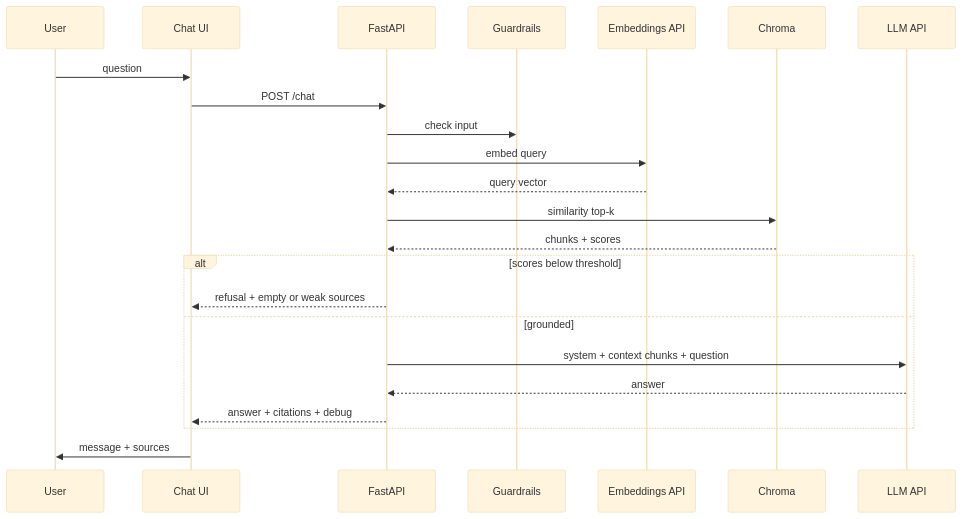
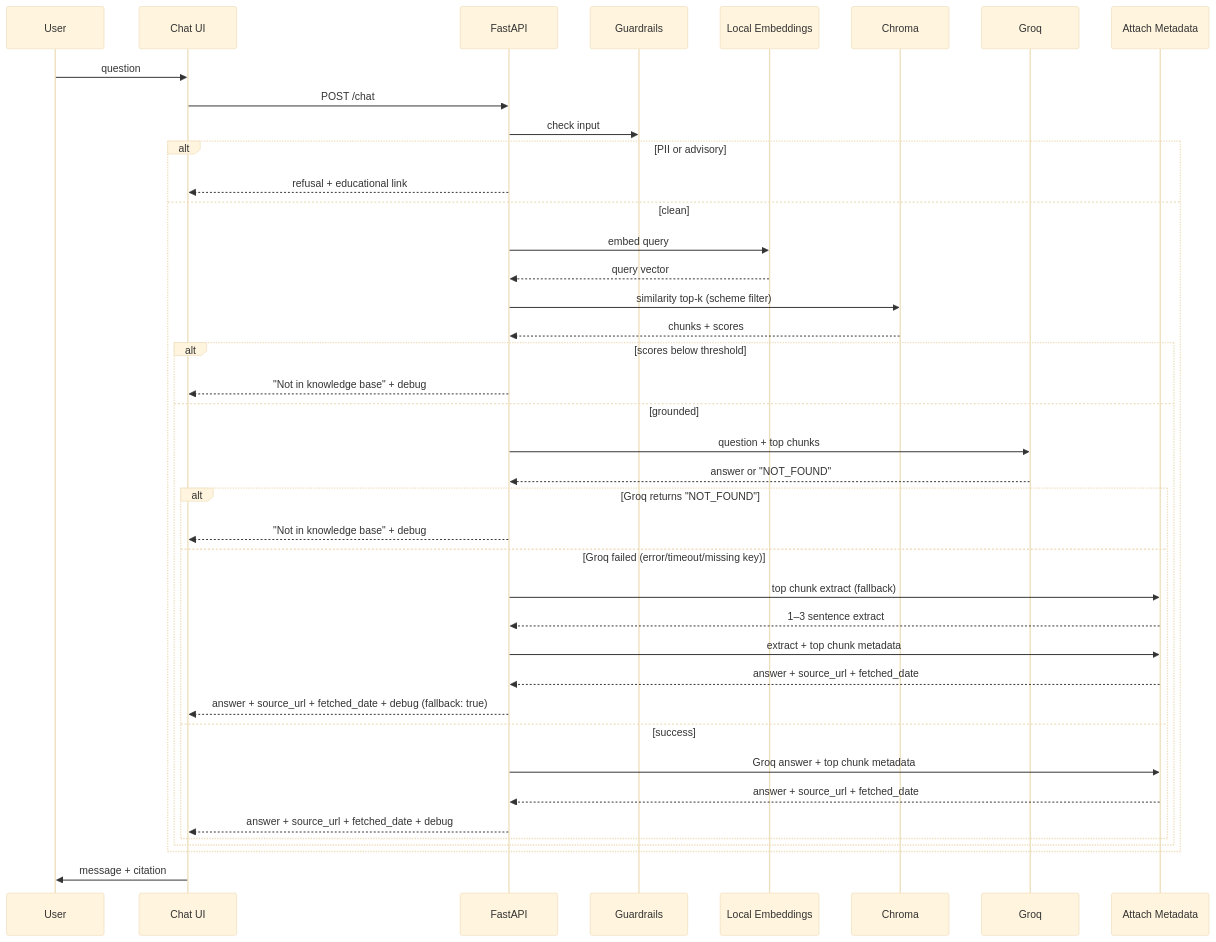
Before and after one commit to imharshal11/tathya-mf-faq-bot: the second of 2 diagrams in architecture.md, drawn with Mermaid (base theme). The commit also changed other lines of this file and 37 other files, not shown here.

````diff
--- a/architecture.md
+++ b/architecture.md
@@ -150,26 +138,43 @@
 ```mermaid
 sequenceDiagram
   participant U as User
   participant UI as Chat UI
   participant API as FastAPI
   participant G as Guardrails
-  participant E as Embeddings API
+  participant E as Local Embeddings
   participant V as Chroma
-  participant L as LLM API
+  participant GR as Groq
+  participant X as Attach Metadata
 
   U->>UI: question
   UI->>API: POST /chat
   API->>G: check input
-  API->>E: embed query
-  E-->>API: query vector
-  API->>V: similarity top-k
-  V-->>API: chunks + scores
-  alt scores below threshold
-    API-->>UI: refusal + empty or weak sources
-  else grounded
-    API->>L: system + context chunks + question
-    L-->>API: answer
-    API-->>UI: answer + citations + debug
+  alt PII or advisory
+    API-->>UI: refusal + educational link
+  else clean
+    API->>E: embed query
+    E-->>API: query vector
+    API->>V: similarity top-k (scheme filter)
+    V-->>API: chunks + scores
+    alt scores below threshold
+      API-->>UI: "Not in knowledge base" + debug
+    else grounded
+      API->>GR: question + top chunks
+      GR-->>API: answer or "NOT_FOUND"
+      alt Groq returns "NOT_FOUND"
+        API-->>UI: "Not in knowledge base" + debug
+      else Groq failed (error/timeout/missing key)
+        API->>X: top chunk extract (fallback)
+        X-->>API: 1–3 sentence extract
+        API->>X: extract + top chunk metadata
+        X-->>API: answer + source_url + fetched_date
+        API-->>UI: answer + source_url + fetched_date + debug (fallback: true)
+      else success
+        API->>X: Groq answer + top chunk metadata
+        X-->>API: answer + source_url + fetched_date
+        API-->>UI: answer + source_url + fetched_date + debug
+      end
+    end
   end
-  UI->>U: message + sources
+  UI->>U: message + citation
 ```
````
